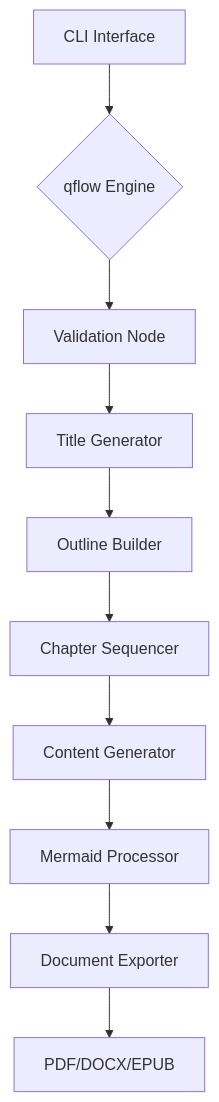
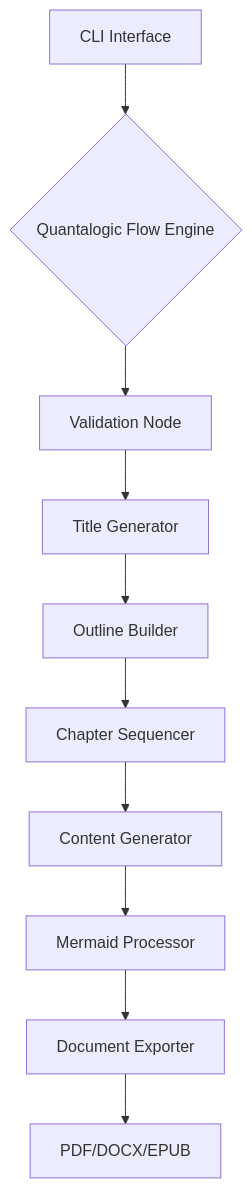
The first of 3 diagrams in README.md (raphaelmansuy/course_generator), drawn with Mermaid before and after one commit.

````diff
--- a/README.md
+++ b/README.md
@@ -32,12 +32,12 @@
 ```mermaid
 flowchart TD
-    A[CLI Interface] --> B{qflow Engine}
+    A[CLI Interface] --> B{Quantalogic Flow Engine}
     B --> C[Validation Node]
     C --> D[Title Generator]
     D --> E[Outline Builder]
     E --> F[Chapter Sequencer]
     F --> G[Content Generator]
     G --> H[Mermaid Processor]
     H --> I[Document Exporter]
     I --> J[PDF/DOCX/EPUB]
 ```
````
